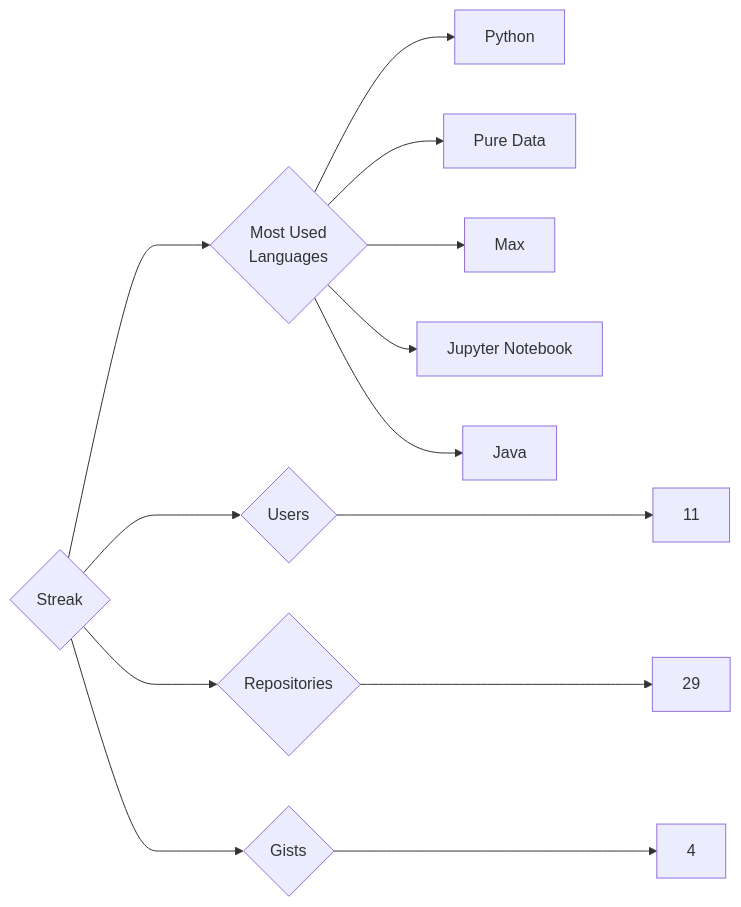
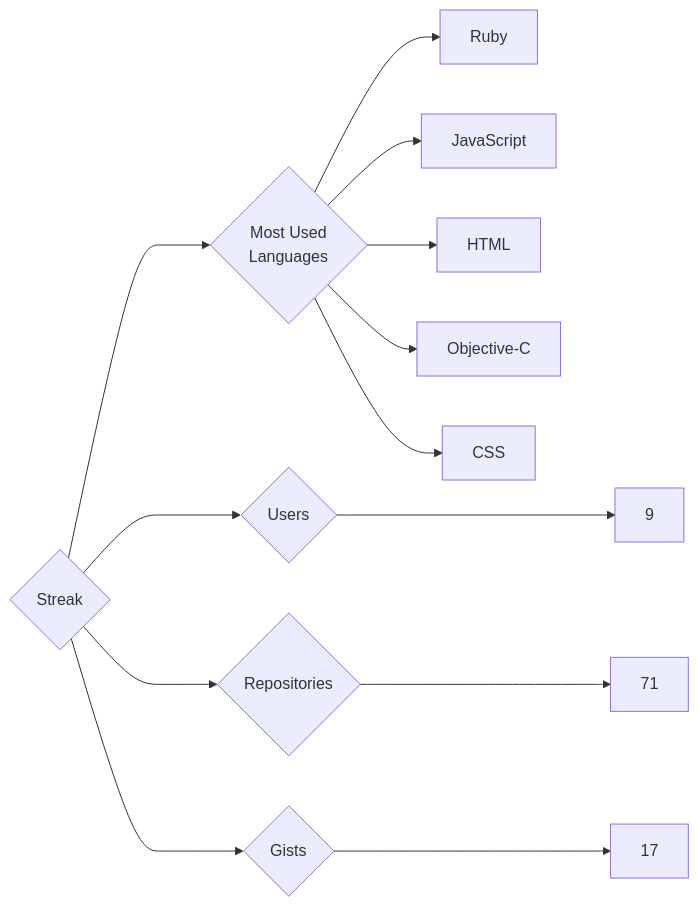
One commit to trickest/insiders changed the diagram in targets/Streak/README.md. Above: the diagram before and after it, drawn with Mermaid. The commit also changed 833 other files, not shown here.

````diff
--- a/targets/Streak/README.md
+++ b/targets/Streak/README.md
@@ -3,13 +3,13 @@
 ```mermaid
 graph LR
 COMPANY_NAME{Streak}
-COMPANY_NAME ---> U{Users} ---> UN[11]
-COMPANY_NAME ---> R{Repositories} ---> RN[29]
-COMPANY_NAME ---> G{Gists} ---> GN[4]
+COMPANY_NAME ---> U{Users} ---> UN[9]
+COMPANY_NAME ---> R{Repositories} ---> RN[71]
+COMPANY_NAME ---> G{Gists} ---> GN[17]
 COMPANY_NAME ---> ML{Most Used<br>Languages}
-ML --> Python[Python]
-ML --> Pure_Data[Pure Data]
-ML --> Max[Max]
-ML --> Jupyter_Notebook[Jupyter Notebook]
-ML --> Java[Java]
+ML --> Ruby[Ruby]
+ML --> JavaScript[JavaScript]
+ML --> HTML[HTML]
+ML --> Objective-C[Objective-C]
+ML --> CSS[CSS]
 ```
````
